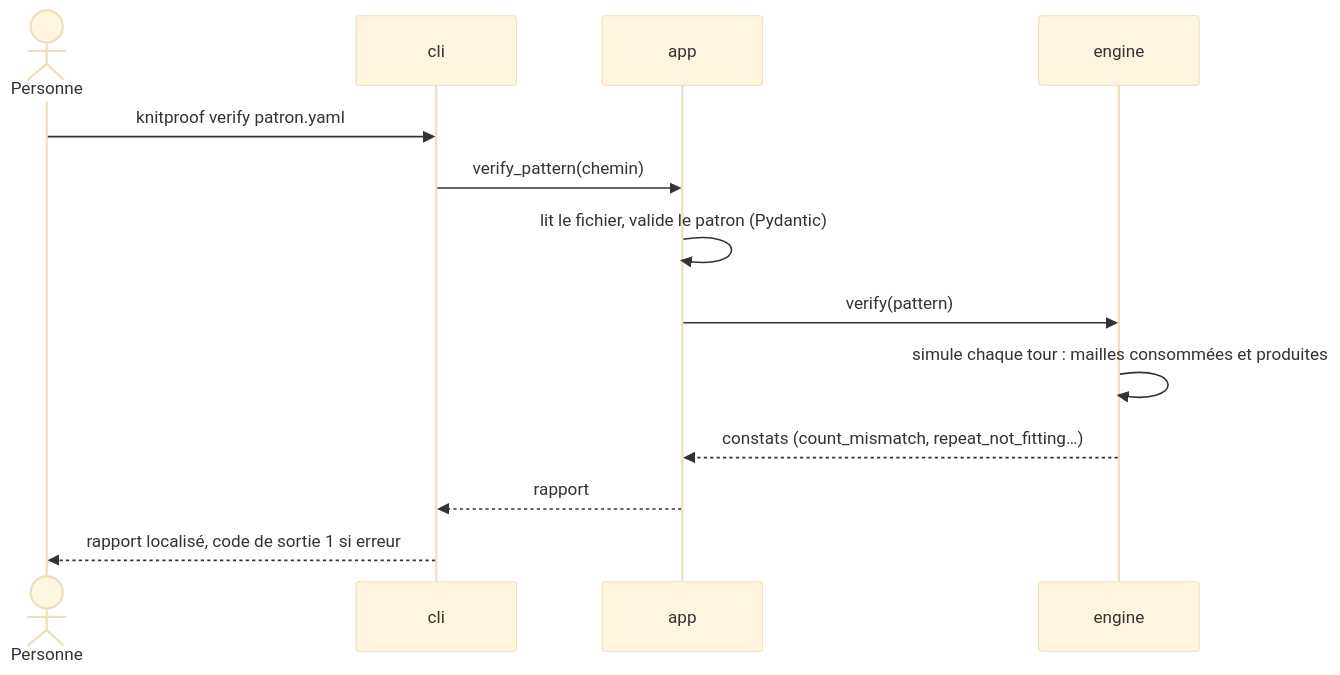
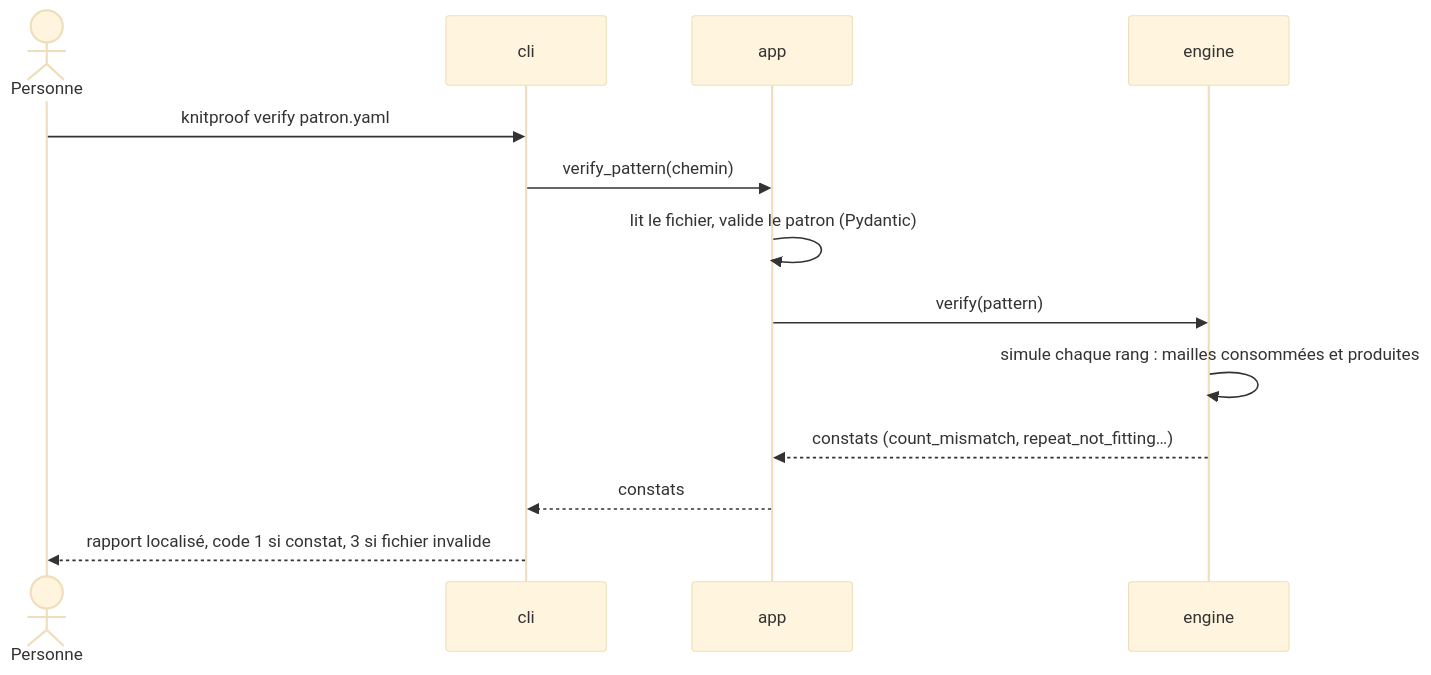
Before and after one commit to Isalafont/knitproof: the second of 4 diagrams in docs/architecture.md, drawn with Mermaid (base theme). The commit also changed other lines of this file and 3 other files, not shown here.

````diff
--- a/docs/architecture.md
+++ b/docs/architecture.md
@@ -76,15 +76,15 @@
 ```mermaid
 sequenceDiagram
     actor P as Personne
     participant CLI as cli
     participant APP as app
     participant ENG as engine
     P->>CLI: knitproof verify patron.yaml
     CLI->>APP: verify_pattern(chemin)
     APP->>APP: lit le fichier, valide le patron (Pydantic)
     APP->>ENG: verify(pattern)
-    ENG->>ENG: simule chaque tour : mailles consommées et produites
+    ENG->>ENG: simule chaque rang : mailles consommées et produites
     ENG-->>APP: constats (count_mismatch, repeat_not_fitting…)
-    APP-->>CLI: rapport
-    CLI-->>P: rapport localisé, code de sortie 1 si erreur
+    APP-->>CLI: constats
+    CLI-->>P: rapport localisé, code 1 si constat, 3 si fichier invalide
 ```
````
